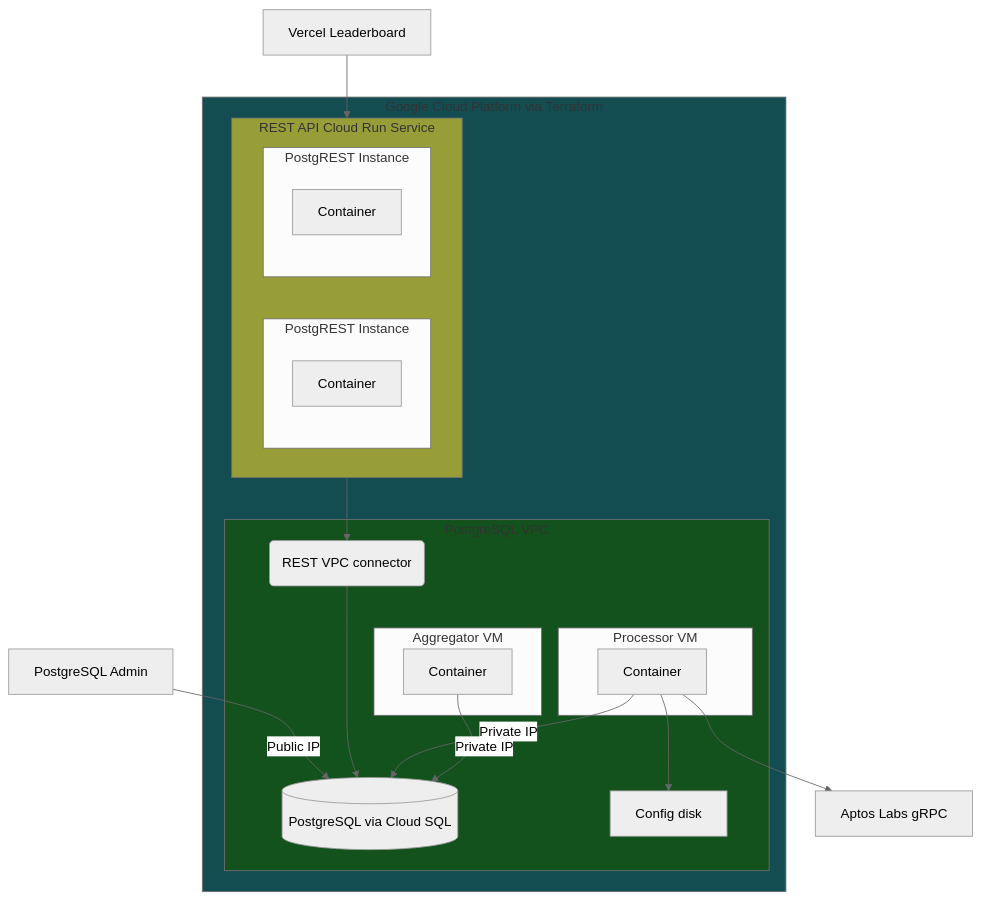
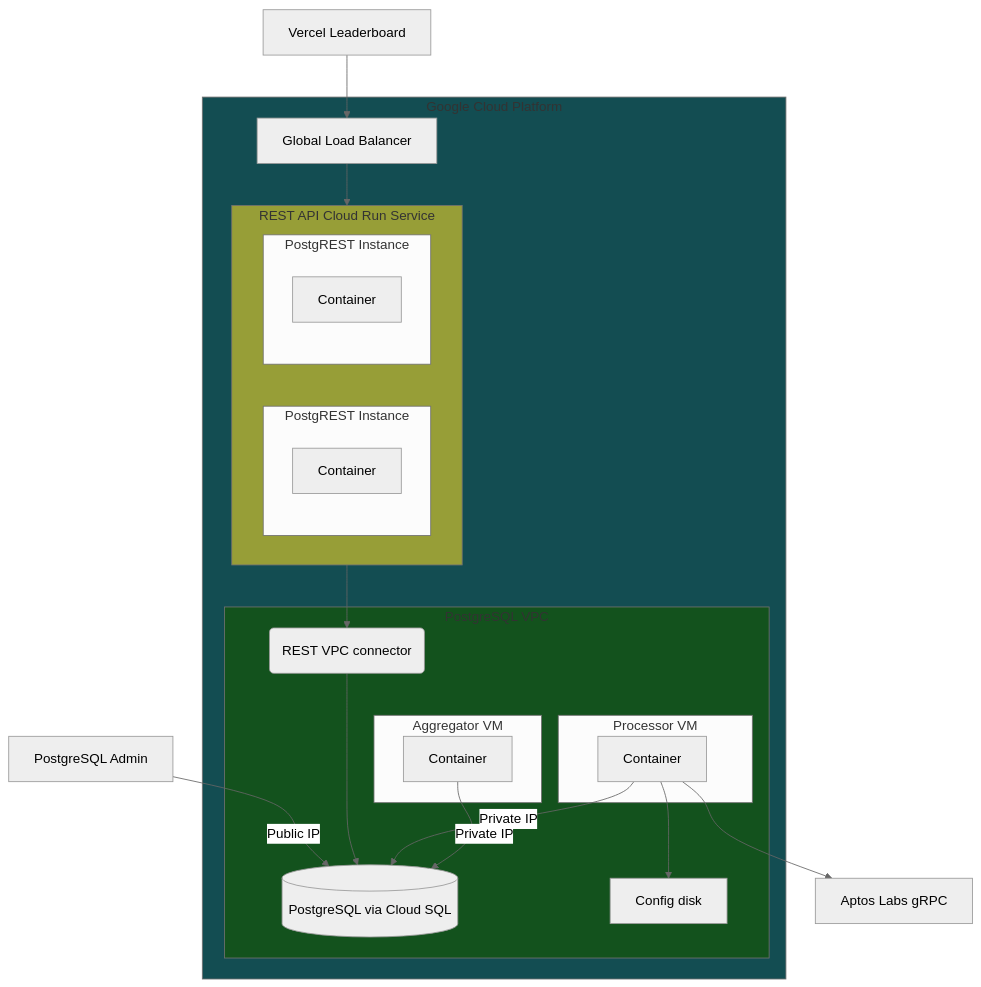
One commit to econia-labs/econia changed the diagram in doc/doc-site/docs/off-chain/dss/terraform.md. Above: the diagram before and after it, drawn with Mermaid (neutral theme). The commit also changed other lines of this file and 1 other file, not shown here.

Commit message:
Add load balancer support

````diff
--- a/doc/doc-site/docs/off-chain/dss/terraform.md
+++ b/doc/doc-site/docs/off-chain/dss/terraform.md
@@ -7,39 +7,40 @@
 ```mermaid
 flowchart TB
 
-subgraph gcp[Google Cloud Platform via Terraform]
+subgraph gcp[Google Cloud Platform]
     subgraph rest-service[REST API Cloud Run Service]
         subgraph r-instance-1[PostgREST Instance]
             ri1c[Container]
         end
         subgraph r-instance-2[PostgREST Instance]
             ri2c[Container]
         end
     end
     rest-service --> rest-connector
     subgraph vpc[PostgreSQL VPC]
-        aggregator-container-->|Private IP|cloud_pg
-        processor-container-->|Private IP|cloud_pg
+        aggregator-container-->|Private IP|cloud-pg
+        processor-container-->|Private IP|cloud-pg
         subgraph processor-image[Processor VM]
             processor-container[Container]
         end
         subgraph aggregator-image[Aggregator VM]
             aggregator-container[Container]
         end
         processor-container-->processor_disk[Config disk]
-        cloud_pg[(PostgreSQL via Cloud SQL)]
-        rest-connector(REST VPC connector)--->cloud_pg
+        cloud-pg[(PostgreSQL via Cloud SQL)]
+        rest-connector(REST VPC connector)--->cloud-pg
     end
+    load-balancer[Global Load Balancer]-->rest-service
 end
 processor-container-->grpc[Aptos Labs gRPC]
-pg_admin[PostgreSQL Admin]-->|Public IP|cloud_pg
-leaderboard[Vercel Leaderboard]-->rest-service
+pg_admin[PostgreSQL Admin]-->|Public IP|cloud-pg
+leaderboard[Vercel Leaderboard]-->load-balancer
 
 classDef gcp fill:#134d52
 classDef vpc fill:#13521d
 classDef yellow fill:#979e37
 class gcp gcp;
 class vpc vpc;
 class ws-service yellow;
 class rest-service yellow;
 ```
````
